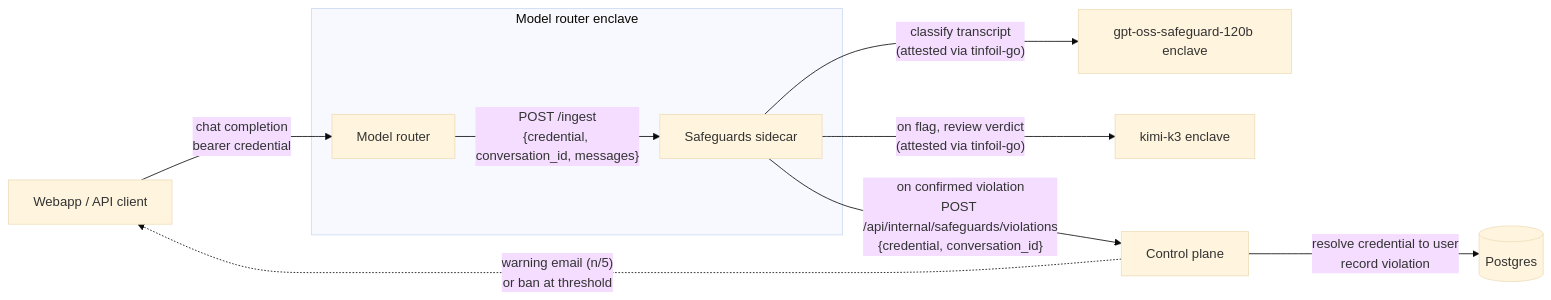
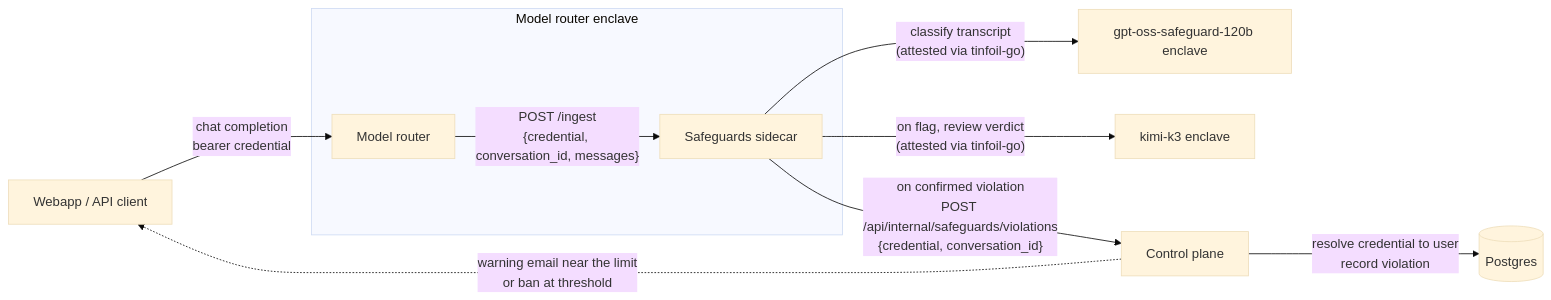
The diagram in README.md (tinfoilsh/confidential-safeguards), drawn with Mermaid (base theme) before and after one commit. The commit also changed other lines of this file, not shown here.

Commit message:
docs: describe the control plane's rolling-window enforcement (#9)

````diff
--- a/README.md
+++ b/README.md
@@ -14,22 +14,22 @@
 ```mermaid
 flowchart LR
     Webapp["Webapp / API client"]
 
     subgraph RouterEnclave["Model router enclave"]
         Router["Model router"]
         Sidecar["Safeguards sidecar"]
     end
 
     Guard["gpt-oss-safeguard-120b enclave"]
     Reviewer["kimi-k3 enclave"]
     ControlPlane["Control plane"]
     DB[("Postgres")]
 
     Webapp -->|"chat completion<br/>bearer credential"| Router
     Router -->|"POST /ingest<br/>{credential, conversation_id, messages}"| Sidecar
     Sidecar -->|"classify transcript<br/>(attested via tinfoil-go)"| Guard
     Sidecar -->|"on flag, review verdict<br/>(attested via tinfoil-go)"| Reviewer
     Sidecar -->|"on confirmed violation<br/>POST /api/internal/safeguards/violations<br/>{credential, conversation_id}"| ControlPlane
     ControlPlane -->|"resolve credential to user<br/>record violation"| DB
-    ControlPlane -.->|"warning email (n/5)<br/>or ban at threshold"| Webapp
+    ControlPlane -.->|"warning email near the limit<br/>or ban at threshold"| Webapp
 ```
````
